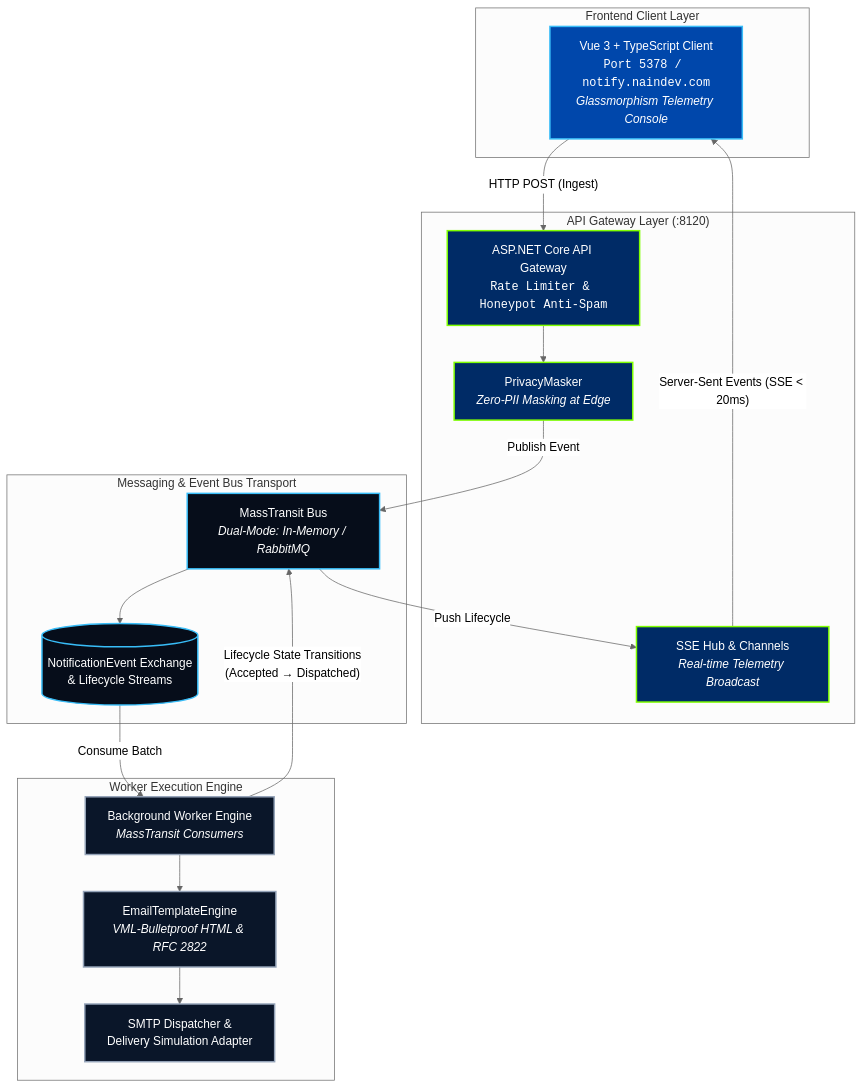
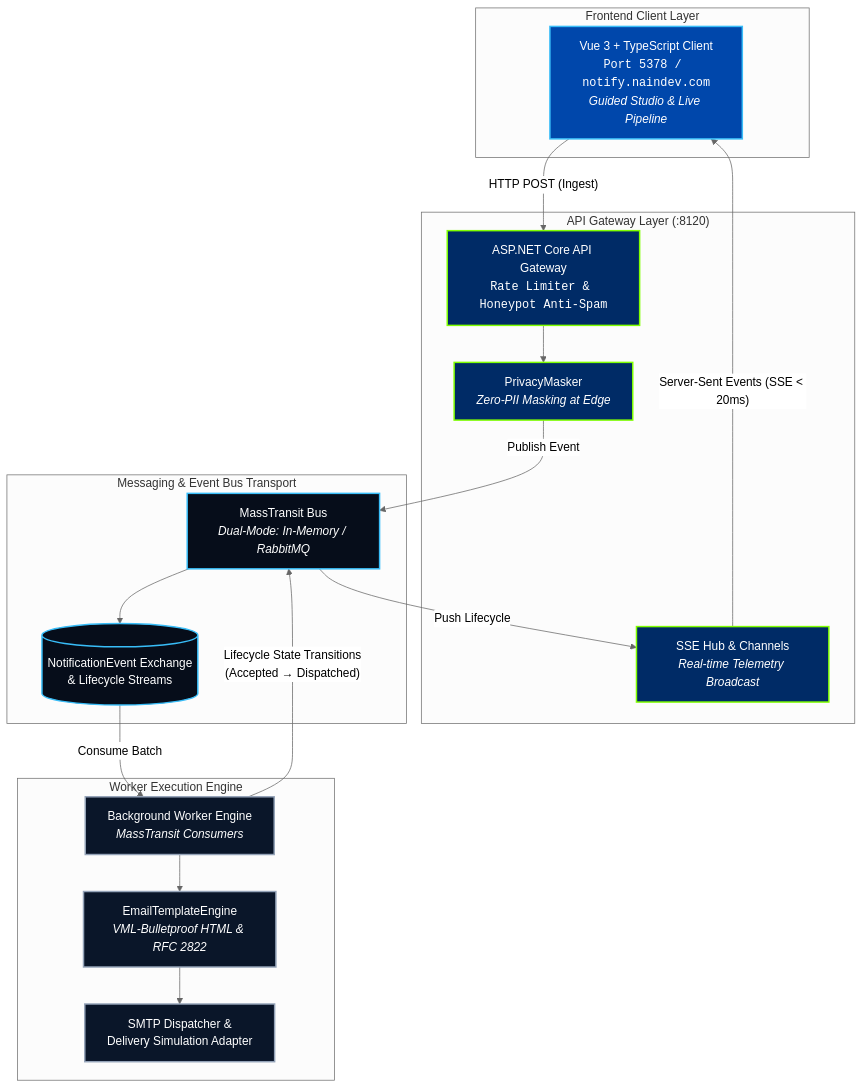
The diagram in README.md (Nain9Dev/NainNotify), drawn with Mermaid (neutral theme) before and after one commit. The commit also changed other lines of this file and 30 other files, not shown here.

First line of the commit message:
feat(client): redesign the showcase as a guided studio

````diff
--- a/README.md
+++ b/README.md
@@ -27,44 +27,44 @@
 ```mermaid
 graph TB
     subgraph ClientLayer["Frontend Client Layer"]
-        VueClient["Vue 3 + TypeScript Client<br/><code>Port 5378 / notify.naindev.com</code><br/><i>Glassmorphism Telemetry Console</i>"]
+        VueClient["Vue 3 + TypeScript Client<br/><code>Port 5378 / notify.naindev.com</code><br/><i>Guided Studio &amp; Live Pipeline</i>"]
     end
 
     subgraph GatewayLayer["API Gateway Layer (:8120)"]
         ApiGateway["ASP.NET Core API Gateway<br/><code>Rate Limiter &amp; Honeypot Anti-Spam</code>"]
         PrivacyMasker["PrivacyMasker<br/><i>Zero-PII Masking at Edge</i>"]
         SSEHub["SSE Hub &amp; Channels<br/><i>Real-time Telemetry Broadcast</i>"]
     end
 
     subgraph BusLayer["Messaging &amp; Event Bus Transport"]
         MassTransit["MassTransit Bus<br/><i>Dual-Mode: In-Memory / RabbitMQ</i>"]
         ExQueue[("NotificationEvent Exchange<br/>&amp; Lifecycle Streams")]
     end
 
     subgraph WorkerLayer["Worker Execution Engine"]
         WorkerEngine["Background Worker Engine<br/><i>MassTransit Consumers</i>"]
         TemplateEngine["EmailTemplateEngine<br/><i>VML-Bulletproof HTML &amp; RFC 2822</i>"]
         SmtpRelay["SMTP Dispatcher &amp;<br/>Delivery Simulation Adapter"]
     end
 
     VueClient -->|"HTTP POST (Ingest)"| ApiGateway
     ApiGateway --> PrivacyMasker
     PrivacyMasker -->|"Publish Event"| MassTransit
     MassTransit --> ExQueue
     ExQueue -->|"Consume Batch"| WorkerEngine
     WorkerEngine --> TemplateEngine
     TemplateEngine --> SmtpRelay
     WorkerEngine -->|"Lifecycle State Transitions<br/>(Accepted &rarr; Dispatched)"| MassTransit
     MassTransit -->|"Push Lifecycle"| SSEHub
     SSEHub -->|"Server-Sent Events (SSE &lt; 20ms)"| VueClient
 
     classDef client fill:#0047AB,stroke:#38BDF8,stroke-width:2px,color:#FFFFFF;
     classDef gateway fill:#002B66,stroke:#80FF00,stroke-width:2px,color:#FFFFFF;
     classDef bus fill:#060D1A,stroke:#38BDF8,stroke-width:2px,color:#FFFFFF;
     classDef worker fill:#0A1629,stroke:#94A3B8,stroke-width:2px,color:#FFFFFF;
 
     class VueClient client;
     class ApiGateway,PrivacyMasker,SSEHub gateway;
     class MassTransit,ExQueue bus;
     class WorkerEngine,TemplateEngine,SmtpRelay worker;
 ```
````
